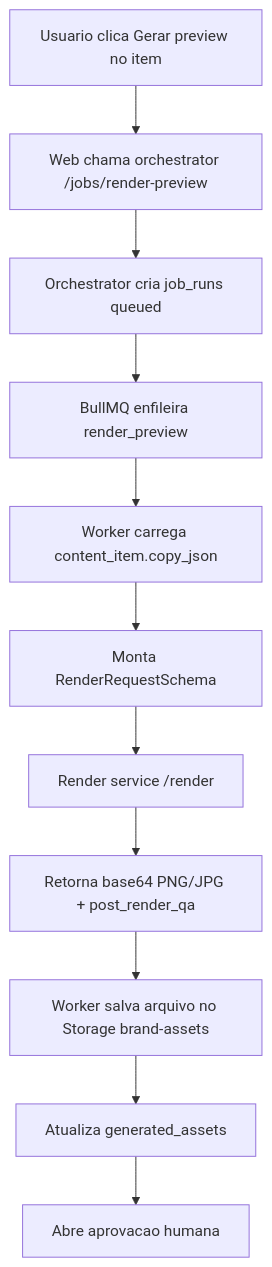
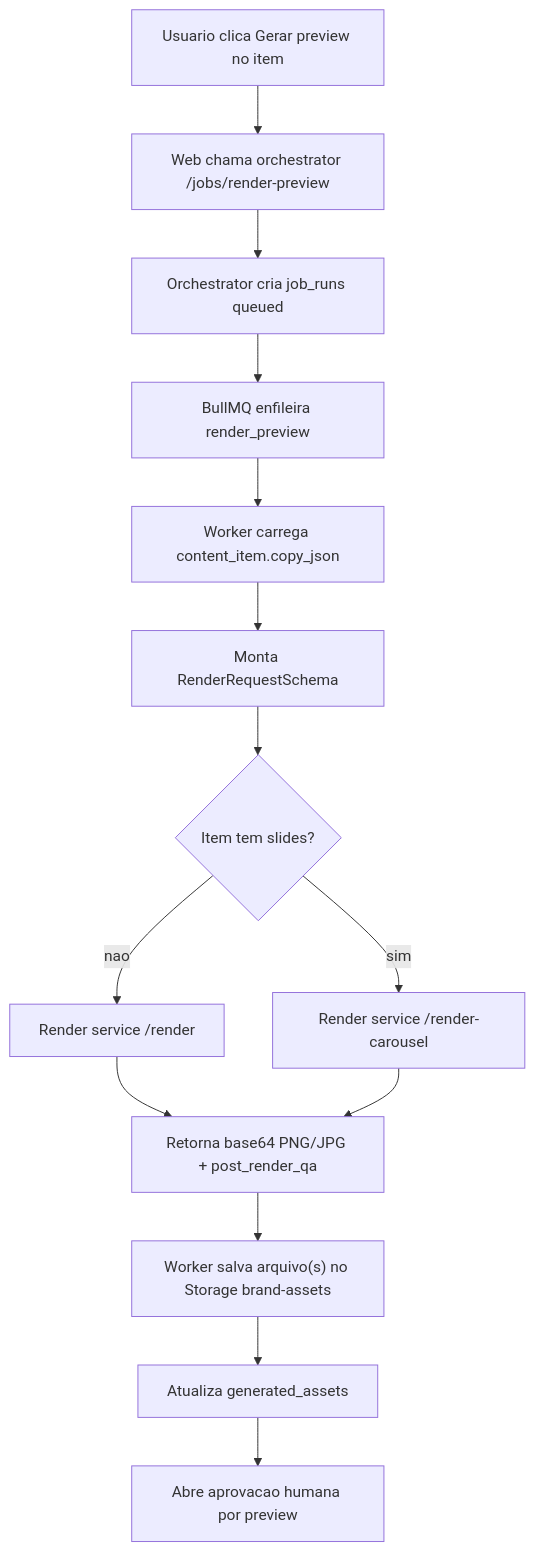
One commit to fabiohhsales/content-saas changed the fourth of 10 diagrams in docs/DIAGNOSTICO-ATUAL.md. Above: the diagram before and after it, drawn with Mermaid. The commit also changed other lines of this file and 3 other files, not shown here.

Commit message:
support carousel render previews

````diff
--- a/docs/DIAGNOSTICO-ATUAL.md
+++ b/docs/DIAGNOSTICO-ATUAL.md
@@ -333,13 +333,16 @@
 ```mermaid
 flowchart TD
   A["Usuario clica Gerar preview no item"] --> B["Web chama orchestrator /jobs/render-preview"]
   B --> C["Orchestrator cria job_runs queued"]
   C --> D["BullMQ enfileira render_preview"]
   D --> E["Worker carrega content_item.copy_json"]
   E --> F["Monta RenderRequestSchema"]
-  F --> G["Render service /render"]
-  G --> H["Retorna base64 PNG/JPG + post_render_qa"]
-  H --> I["Worker salva arquivo no Storage brand-assets"]
-  I --> J["Atualiza generated_assets"]
-  J --> K["Abre aprovacao humana"]
+  F --> G{"Item tem slides?"}
+  G -- "nao" --> H["Render service /render"]
+  G -- "sim" --> I["Render service /render-carousel"]
+  H --> J["Retorna base64 PNG/JPG + post_render_qa"]
+  I --> J
+  J --> K["Worker salva arquivo(s) no Storage brand-assets"]
+  K --> L["Atualiza generated_assets"]
+  L --> M["Abre aprovacao humana por preview"]
 ```
````
